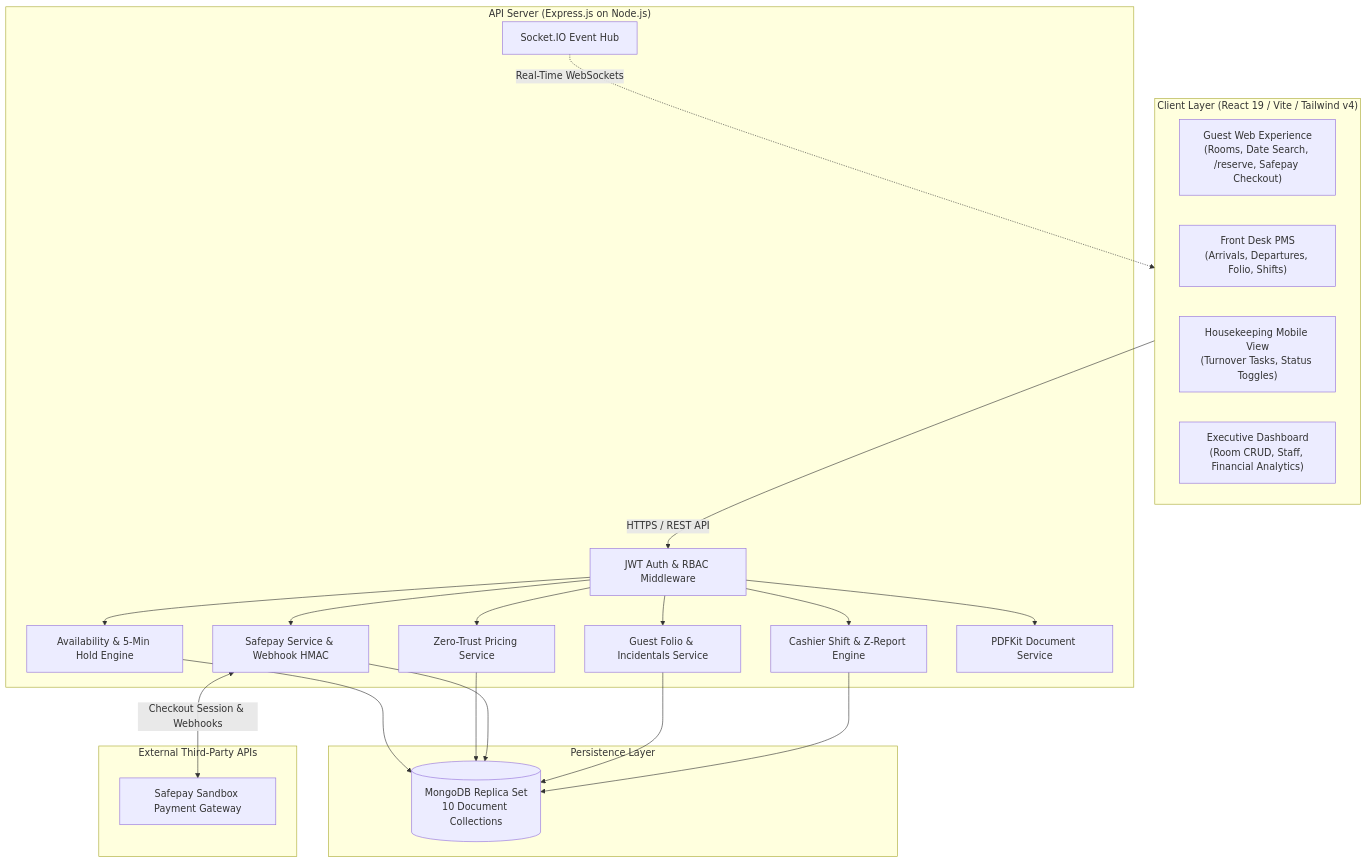
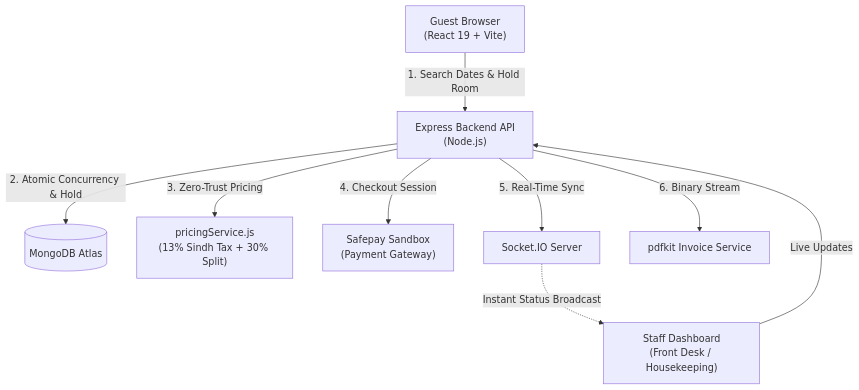
Before and after one commit to ahmed-husssain/HotelMS: the diagram in README.md, drawn with Mermaid. The commit also changed other lines of this file and 7 other files, not shown here.

Commit message:
docs: modernize and simplify root, client, and server README documentation

````diff
--- a/README.md
+++ b/README.md
@@ -99,34 +94,13 @@
 ```mermaid
 flowchart TD
-    subgraph ClientLayer ["Client Layer (React 19 / Vite / Tailwind v4)"]
-        GuestPortal["Guest Web Experience<br/>(Rooms, Date Search, /reserve, Safepay Checkout)"]
-        FrontDesk["Front Desk PMS<br/>(Arrivals, Departures, Folio, Shifts)"]
-        HousekeepingUI["Housekeeping Mobile View<br/>(Turnover Tasks, Status Toggles)"]
-        AdminUI["Executive Dashboard<br/>(Room CRUD, Staff, Financial Analytics)"]
-    end
-
-    subgraph APIHost ["API Server (Express.js on Node.js)"]
-        AuthGuard["JWT Auth & RBAC Middleware"]
-        AvailEngine["Availability & 5-Min Hold Engine"]
-        PricingEngine["Zero-Trust Pricing Service"]
-        SafepayGateway["Safepay Service & Webhook HMAC"]
-        FolioEngine["Guest Folio & Incidentals Service"]
-        ShiftEngine["Cashier Shift & Z-Report Engine"]
-        PDFGenerator["PDFKit Document Service"]
-        SocketHub["Socket.IO Event Hub"]
-    end
-
-    subgraph DataStore ["Persistence Layer"]
-        MongoDB[("MongoDB Replica Set<br/>10 Document Collections")]
-    end
-
-    subgraph External ["External Third-Party APIs"]
-        Safepay["Safepay Sandbox Payment Gateway"]
-    end
-
-    ClientLayer -->|HTTPS / REST API| AuthGuard
-    AuthGuard --> AvailEngine & PricingEngine & SafepayGateway & FolioEngine & ShiftEngine & PDFGenerator
-    AvailEngine & PricingEngine & SafepayGateway & FolioEngine & ShiftEngine --> MongoDB
-    SafepayGateway <-->|Checkout Session & Webhooks| Safepay
-    SocketHub -.->|Real-Time WebSockets| ClientLayer
+    Guest["Guest Browser\n(React 19 + Vite)"] -->|1. Search Dates & Hold Room| API["Express Backend API\n(Node.js)"]
+    Staff["Staff Dashboard\n(Front Desk / Housekeeping)"] -->|Live Updates| API
+    
+    API -->|2. Atomic Concurrency & Hold| DB[(MongoDB Atlas)]
+    API -->|3. Zero-Trust Pricing| Pricing["pricingService.js\n(13% Sindh Tax + 30% Split)"]
+    API -->|4. Checkout Session| Safepay["Safepay Sandbox\n(Payment Gateway)"]
+    
+    API -->|5. Real-Time Sync| Sockets["Socket.IO Server"]
+    Sockets -.->|Instant Status Broadcast| Staff
+    API -->|6. Binary Stream| PDF["pdfkit Invoice Service"]
 ```
````
